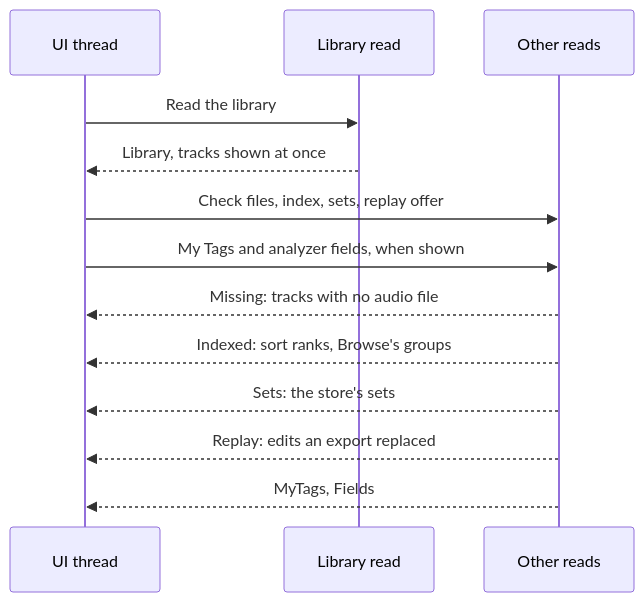
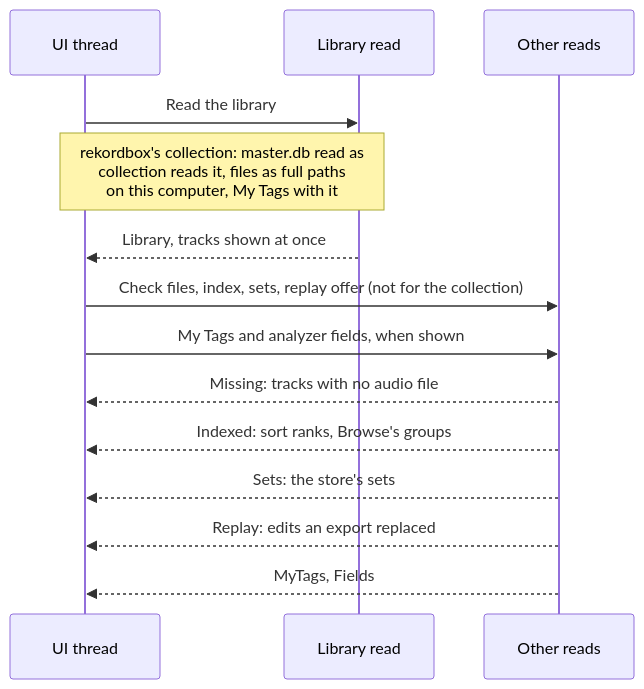
Before and after one commit to cutenode/localnetwork: the eighth of 17 diagrams in apps/locallibrary/docs/diagrams/player.md, drawn with Mermaid. The commit also changed other lines of this file and 5 other files, not shown here.

First line of the commit message:
fix(locallibrary): open rekordbox's collection on Windows, with files on any drive

````diff
--- a/apps/locallibrary/docs/diagrams/player.md
+++ b/apps/locallibrary/docs/diagrams/player.md
@@ -175,15 +177,16 @@
 ```mermaid
 sequenceDiagram
     participant U as UI thread
     participant L as Library read
     participant B as Other reads
     U->>L: Read the library
+    Note over U,L: rekordbox's collection: master.db read as<br/>collection reads it, files as full paths<br/>on this computer, My Tags with it
     L-->>U: Library, tracks shown at once
-    U->>B: Check files, index, sets, replay offer
+    U->>B: Check files, index, sets, replay offer (not for the collection)
     U->>B: My Tags and analyzer fields, when shown
     B-->>U: Missing: tracks with no audio file
     B-->>U: Indexed: sort ranks, Browse's groups
     B-->>U: Sets: the store's sets
     B-->>U: Replay: edits an export replaced
     B-->>U: MyTags, Fields
 ```
````
